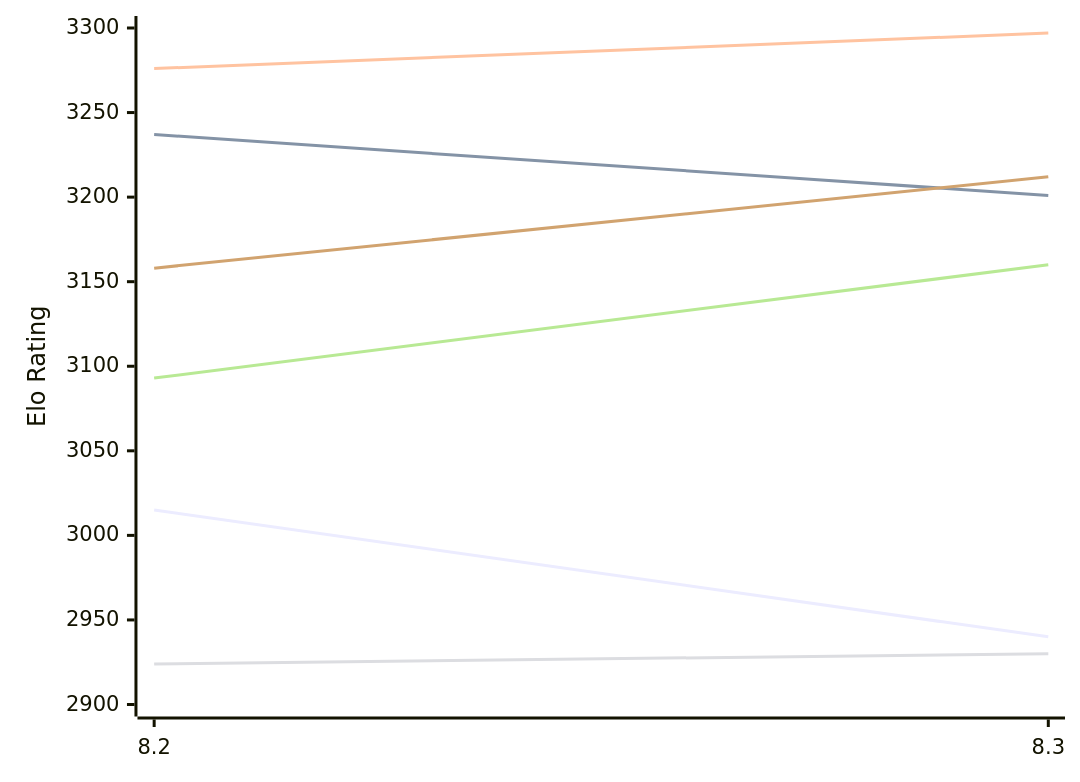
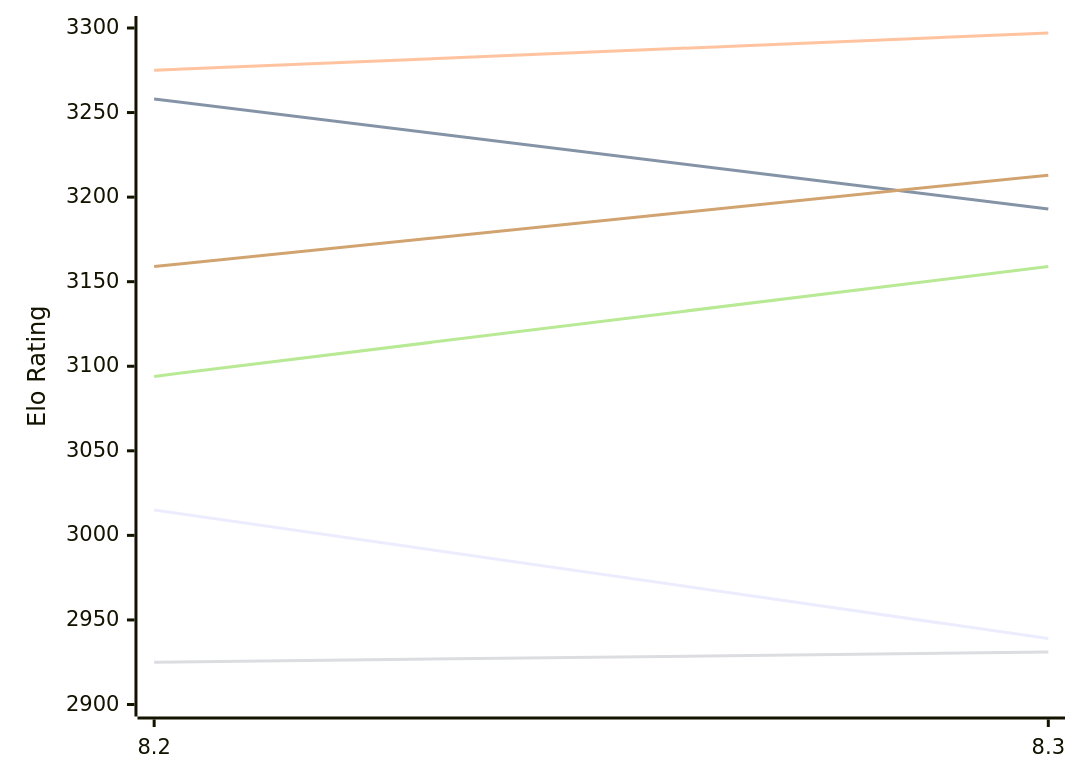
Before and after one commit to computer-chess-index/cci: the first of 2 diagrams in engines/Alexander.md, drawn with Mermaid. The commit also changed other lines of this file, not shown here.

Commit message:
Update CCI Ratings (ELO VLTC) - 2026-11-28

````diff
--- a/engines/Alexander.md
+++ b/engines/Alexander.md
@@ -52,12 +52,12 @@
 ```mermaid
 %%{init: {"theme":"base","themeVariables":{"seriesColors:['#a3a3a3','#222221','#faa371']}}}%%
 xychart-beta
   x-axis ["8.2", "8.3"]
   y-axis "Elo Rating" 2900 --> 3300
-  line "E1: STC (8.0+0.08s)" [3015, 2940]
-  line "E1: LTC (60.0+0.60s)" [3237, 3201]
-  line "E1: VLTC (2m24s+1.12s)" [3276, 3297]
-  line "P1: STC (8.0+0.08s)" [2924, 2930]
-  line "P1: LTC (60.0+0.60s)" [3093, 3160]
-  line "P1: VLTC (2m24s+1.12s)" [3158, 3212]
+  line "E1: STC (8.0+0.08s)" [3015, 2939]
+  line "E1: LTC (60.0+0.60s)" [3258, 3193]
+  line "E1: VLTC (2m24s+1.12s)" [3275, 3297]
+  line "P1: STC (8.0+0.08s)" [2925, 2931]
+  line "P1: LTC (60.0+0.60s)" [3094, 3159]
+  line "P1: VLTC (2m24s+1.12s)" [3159, 3213]
 ```
````
